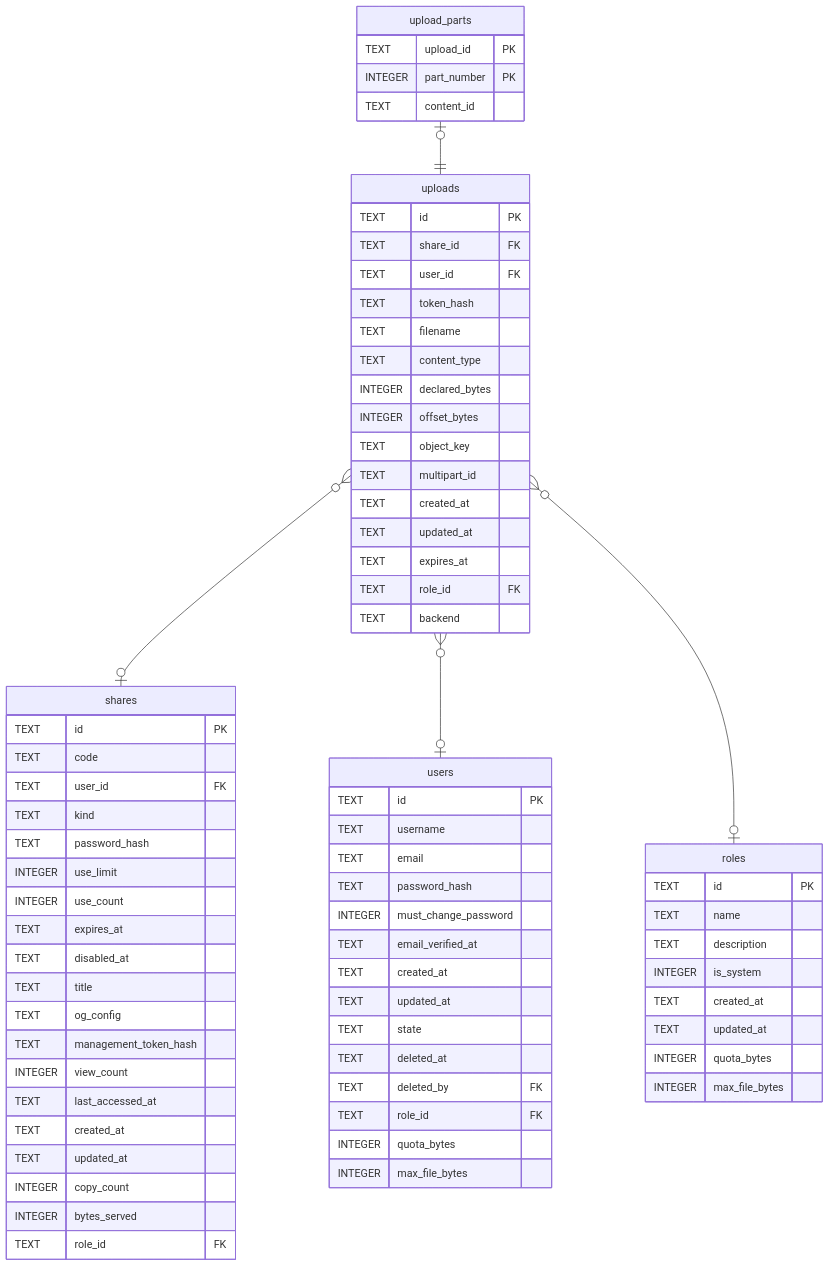
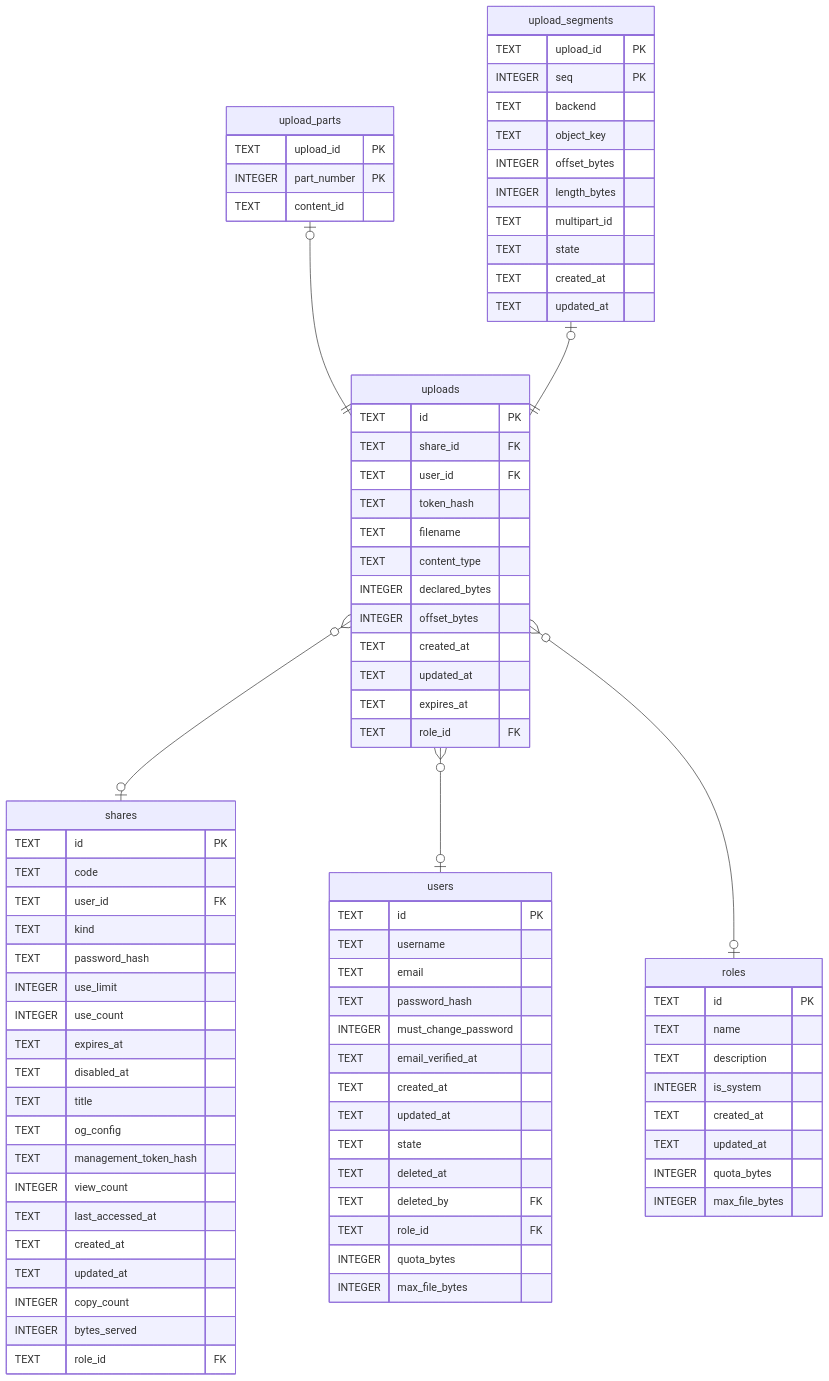
One commit to Limatura/tessera changed the diagram in docs/schema/uploads.md. Above: the diagram before and after it, drawn with Mermaid. The commit also changed other lines of this file and 19 other files, not shown here.

```diff
--- a/docs/schema/uploads.md
+++ b/docs/schema/uploads.md
@@ -80,6 +73,7 @@
 erDiagram
 
 "upload_parts" |o--|| "uploads" : ""
+"upload_segments" |o--|| "uploads" : ""
 "uploads" }o--o| "shares" : ""
 "uploads" }o--o| "users" : ""
 "uploads" }o--o| "roles" : ""
@@ -93,18 +87,27 @@
   TEXT content_type
   INTEGER declared_bytes
   INTEGER offset_bytes
-  TEXT object_key
-  TEXT multipart_id
   TEXT created_at
   TEXT updated_at
   TEXT expires_at
   TEXT role_id FK
-  TEXT backend
 }
 "upload_parts" {
   TEXT upload_id PK
   INTEGER part_number PK
   TEXT content_id
+}
+"upload_segments" {
+  TEXT upload_id PK
+  INTEGER seq PK
+  TEXT backend
+  TEXT object_key
+  INTEGER offset_bytes
+  INTEGER length_bytes
+  TEXT multipart_id
+  TEXT state
+  TEXT created_at
+  TEXT updated_at
 }
 "shares" {
   TEXT id PK
```
